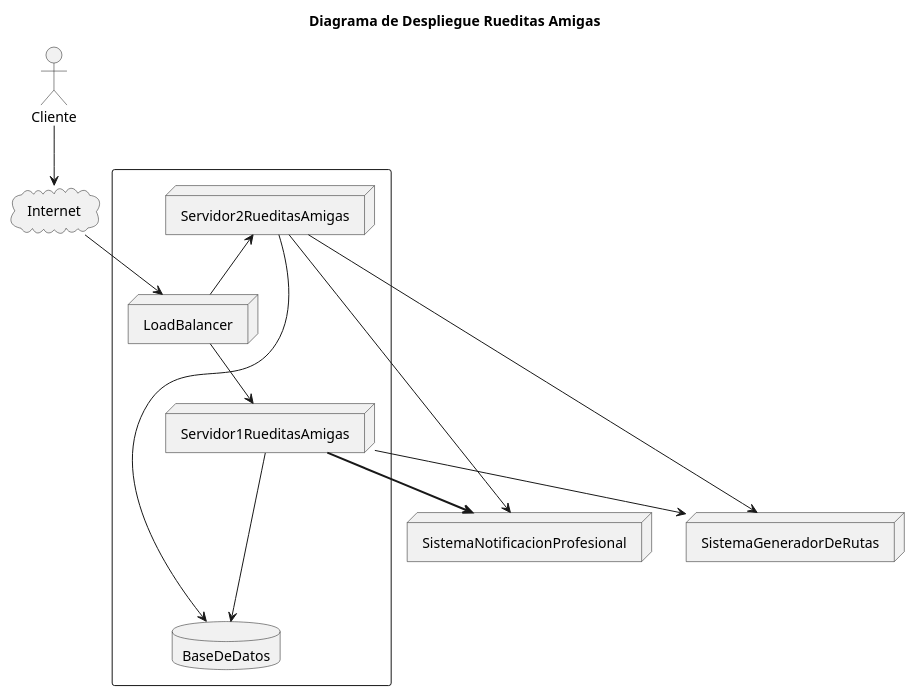
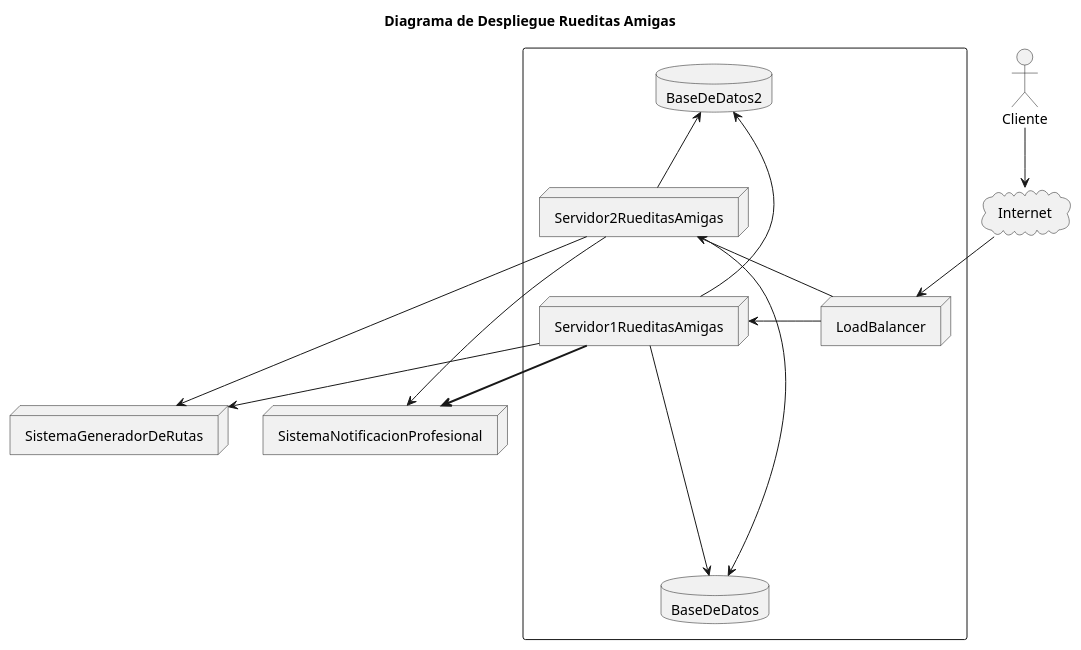
The diagram in diagrams/DiagramaDeDespliegue.puml (lrizzitano/RueditasAmigasDespliegue), drawn with PlantUML before and after one commit.

Commit message:
pruebo varias bases de datos

```diff
--- a/diagrams/DiagramaDeDespliegue.puml
+++ b/diagrams/DiagramaDeDespliegue.puml
@@ -1,31 +1,34 @@
 @startuml
 'https://plantuml.com/deployment-diagram
 
 title Diagrama de Despliegue Rueditas Amigas
 
 node "SistemaGeneradorDeRutas"
 actor "Cliente"
 cloud "Internet"
 node "SistemaNotificacionProfesional"
 
 
 rectangle  {
 node "LoadBalancer"
 node "Servidor1RueditasAmigas"
 node "Servidor2RueditasAmigas"
 database "BaseDeDatos"
+database "BaseDeDatos2"
 }
 
 "LoadBalancer" -> "Servidor1RueditasAmigas"
 "Servidor2RueditasAmigas" <-- "LoadBalancer"
 "Servidor1RueditasAmigas" -r-> "BaseDeDatos"
+"Servidor1RueditasAmigas" -l-> "BaseDeDatos2"
 "Servidor2RueditasAmigas" -----> "BaseDeDatos"
+"Servidor2RueditasAmigas" -up-> "BaseDeDatos2"
 "Servidor1RueditasAmigas" -[bold]-> "SistemaNotificacionProfesional"
 "Servidor2RueditasAmigas" --> "SistemaNotificacionProfesional"
 "Servidor1RueditasAmigas" --> "SistemaGeneradorDeRutas"
 "Servidor2RueditasAmigas" --> "SistemaGeneradorDeRutas"
 "Cliente" --> "Internet"
 "Internet" --> "LoadBalancer"
 
 
 @enduml
```
